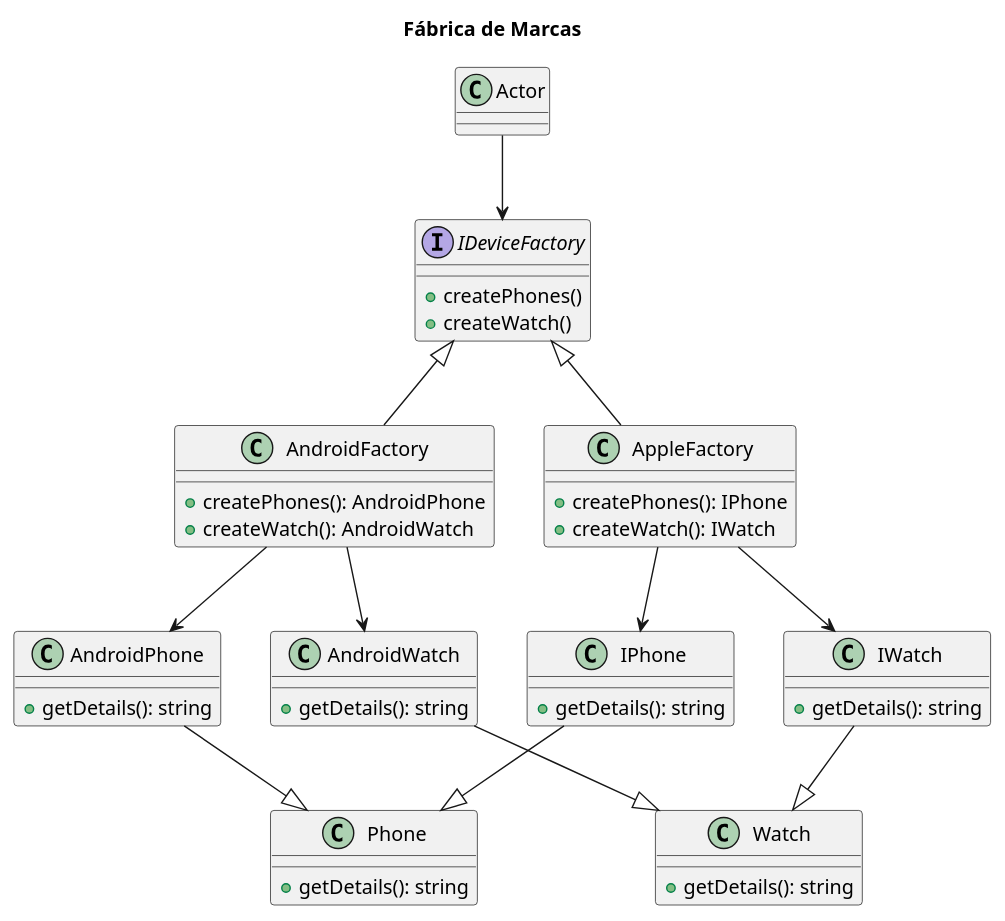
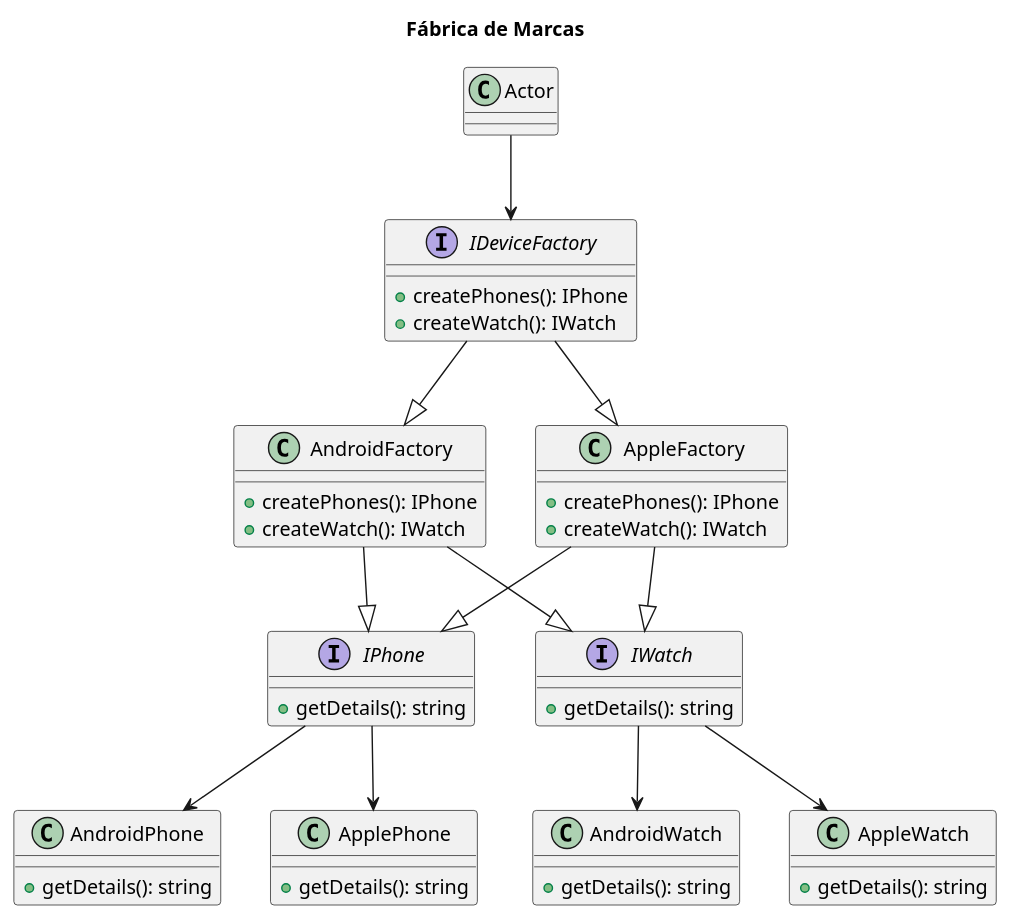
The diagram in README.md (LuisPassosRamos/seminario-ppr-criacional-abstractfactory), drawn with PlantUML before and after one commit. The commit also changed other lines of this file, not shown here.

````diff
--- a/README.md
+++ b/README.md
@@ -91,62 +35,61 @@
 ```plantuml
 
 title Fábrica de Marcas
 
 class Actor
 
 interface IDeviceFactory {
-    +createPhones()
-    +createWatch()
+    +createPhones(): IPhone
+    +createWatch(): IWatch
 }
 
 class AndroidFactory {
-    +createPhones(): AndroidPhone
-    +createWatch(): AndroidWatch
+    +createPhones(): IPhone
+    +createWatch(): IWatch
 }
 
 class AppleFactory {
     +createPhones(): IPhone
     +createWatch(): IWatch
 }
 
-class Phone {
+interface IPhone {
     +getDetails(): string
 }
 
-class Watch {
+interface IWatch {
     +getDetails(): string
 }
 
 class AndroidPhone {
     +getDetails(): string
 }
 
-class IPhone {
+class ApplePhone {
     +getDetails(): string
 }
 
 class AndroidWatch {
     +getDetails(): string
 }
 
-class IWatch {
+class AppleWatch {
     +getDetails(): string
 }
 
 Actor --> IDeviceFactory
 
-IDeviceFactory <|-- AndroidFactory
-IDeviceFactory <|-- AppleFactory
+IDeviceFactory --|> AndroidFactory
+IDeviceFactory --|> AppleFactory
 
-AndroidFactory --> AndroidPhone
-AndroidFactory --> AndroidWatch
+AndroidFactory --|> IWatch
+AppleFactory --|> IWatch
+AndroidFactory --|> IPhone
+AppleFactory --|> IPhone
 
-AppleFactory --> IPhone
-AppleFactory --> IWatch
+IWatch --> AppleWatch 
+IWatch --> AndroidWatch
 
-AndroidPhone --|> Phone
-IPhone --|> Phone
-
-AndroidWatch --|> Watch
-IWatch --|> Watch
+IPhone --> ApplePhone
+IPhone --> AndroidPhone
 ```
````
